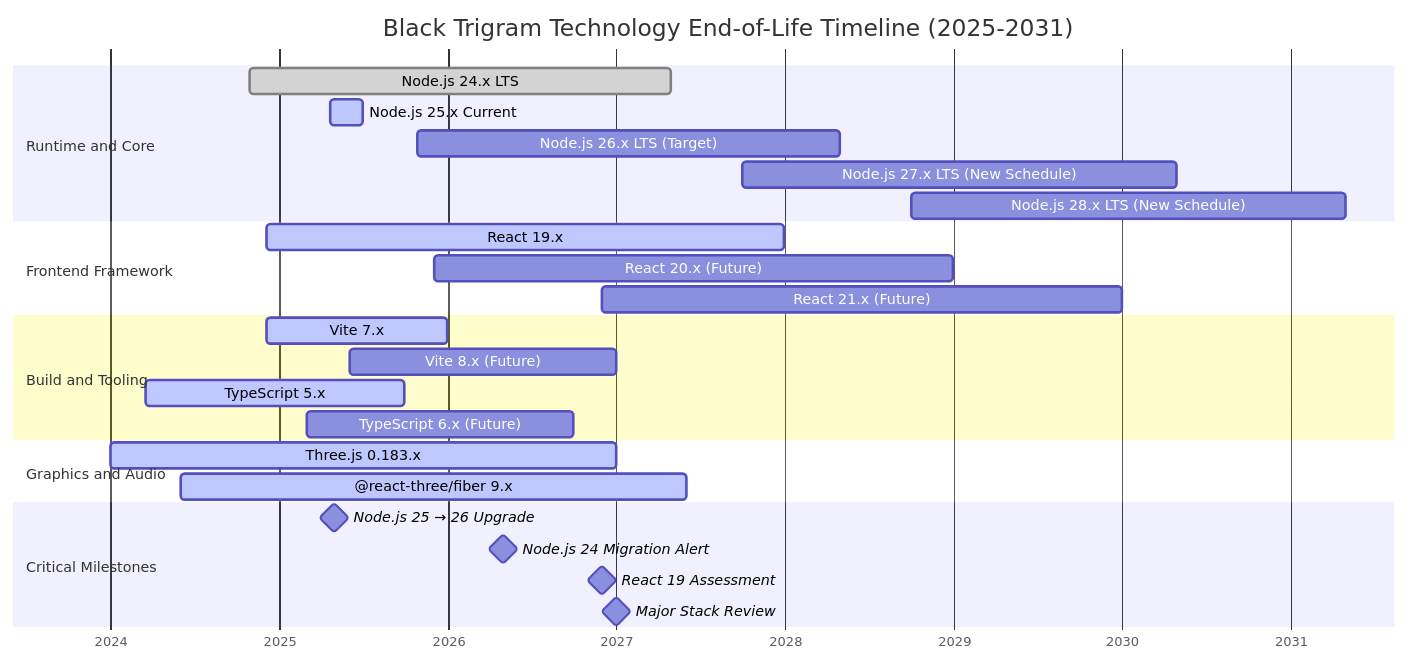
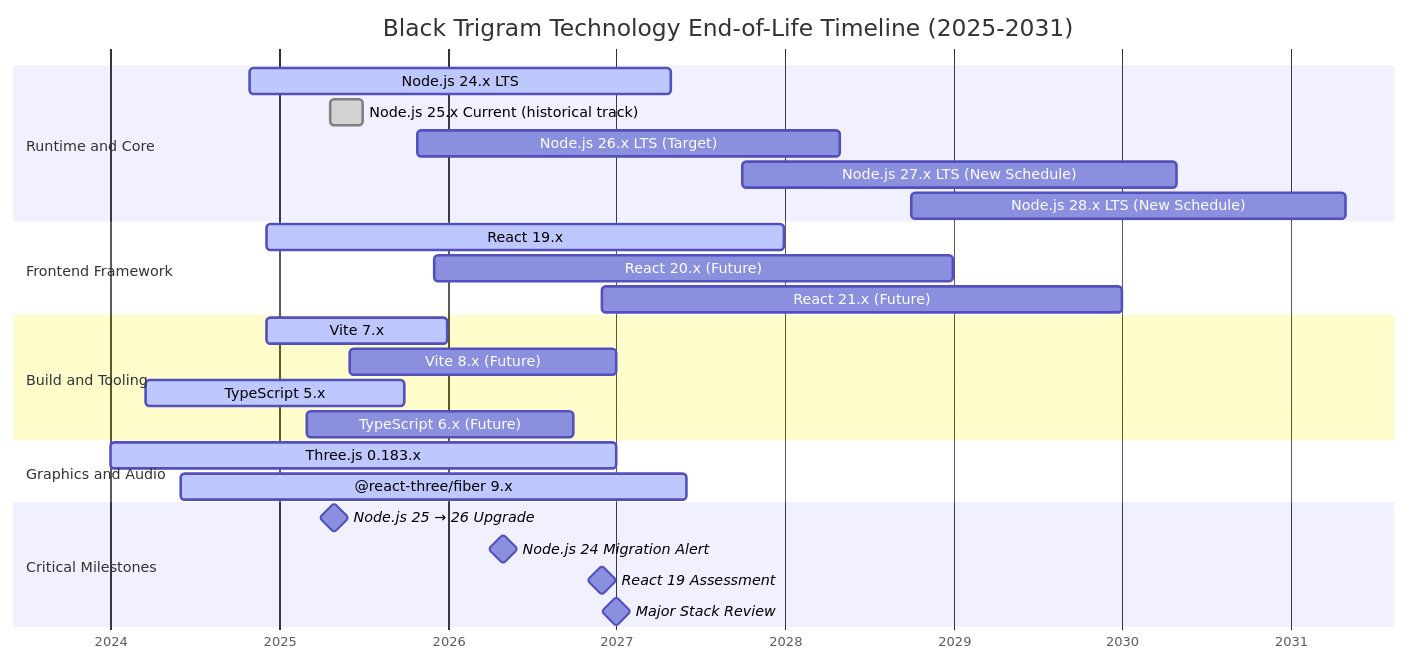
Before and after one commit to Hack23/blacktrigram: the fifth of 8 diagrams in End-of-Life-Strategy.md, drawn with Mermaid. The commit also changed other lines of this file and 3 other files, not shown here.

````diff
--- a/End-of-Life-Strategy.md
+++ b/End-of-Life-Strategy.md
@@ -384,34 +384,34 @@
 ```mermaid
 gantt
     title Black Trigram Technology End-of-Life Timeline (2025-2031)
     dateFormat YYYY-MM-DD
     axisFormat %Y
 
     section Runtime and Core
-    Node.js 24.x LTS          :done, node24, 2024-10-29, 2027-04-30
-    Node.js 25.x Current       :active, node25, 2025-04-22, 2025-06-30
+    Node.js 24.x LTS          :active, node24, 2024-10-29, 2027-04-30
+    Node.js 25.x Current (historical track) :done, node25, 2025-04-22, 2025-06-30
     Node.js 26.x LTS (Target) :node26, 2025-10-28, 2028-04-30
     Node.js 27.x LTS (New Schedule) :node27, 2027-10-01, 2030-04-30
     Node.js 28.x LTS (New Schedule) :node28, 2028-10-01, 2031-04-30
 
     section Frontend Framework
     React 19.x                :active, react19, 2024-12-05, 2027-12-31
     React 20.x (Future)       :react20, 2025-12-01, 2028-12-31
     React 21.x (Future)       :react21, 2026-12-01, 2029-12-31
 
     section Build and Tooling
     Vite 7.x                  :active, vite7, 2024-12-03, 2025-12-31
     Vite 8.x (Future)         :vite8, 2025-06-01, 2026-12-31
     TypeScript 5.x            :active, ts5, 2024-03-16, 2025-09-30
     TypeScript 6.x (Future)   :ts6, 2025-03-01, 2026-09-30
 
     section Graphics and Audio
     Three.js 0.183.x           :active, three, 2024-01-01, 2026-12-31
     @react-three/fiber 9.x     :active, r3f9, 2024-06-01, 2027-06-01
 
     section Critical Milestones
     Node.js 25 → 26 Upgrade    :milestone, node25upgrade, 2025-04-30, 0d
     Node.js 24 Migration Alert :milestone, node24alert, 2026-04-30, 0d
     React 19 Assessment       :milestone, react19assess, 2026-12-01, 0d
     Major Stack Review        :milestone, stackreview, 2027-01-01, 0d
 ```
````
